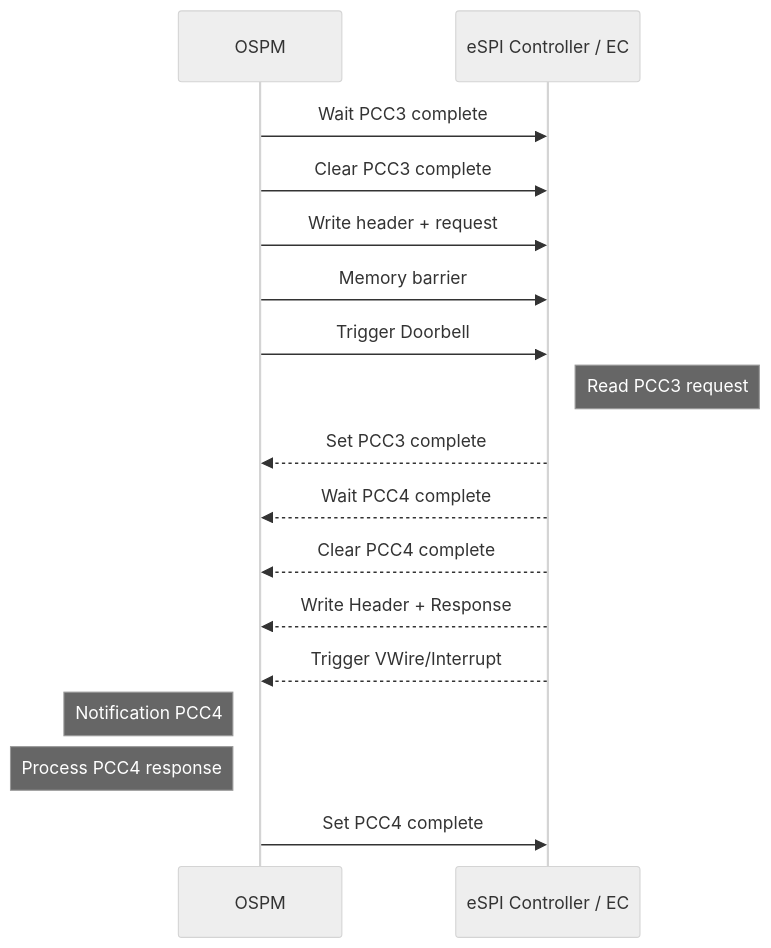
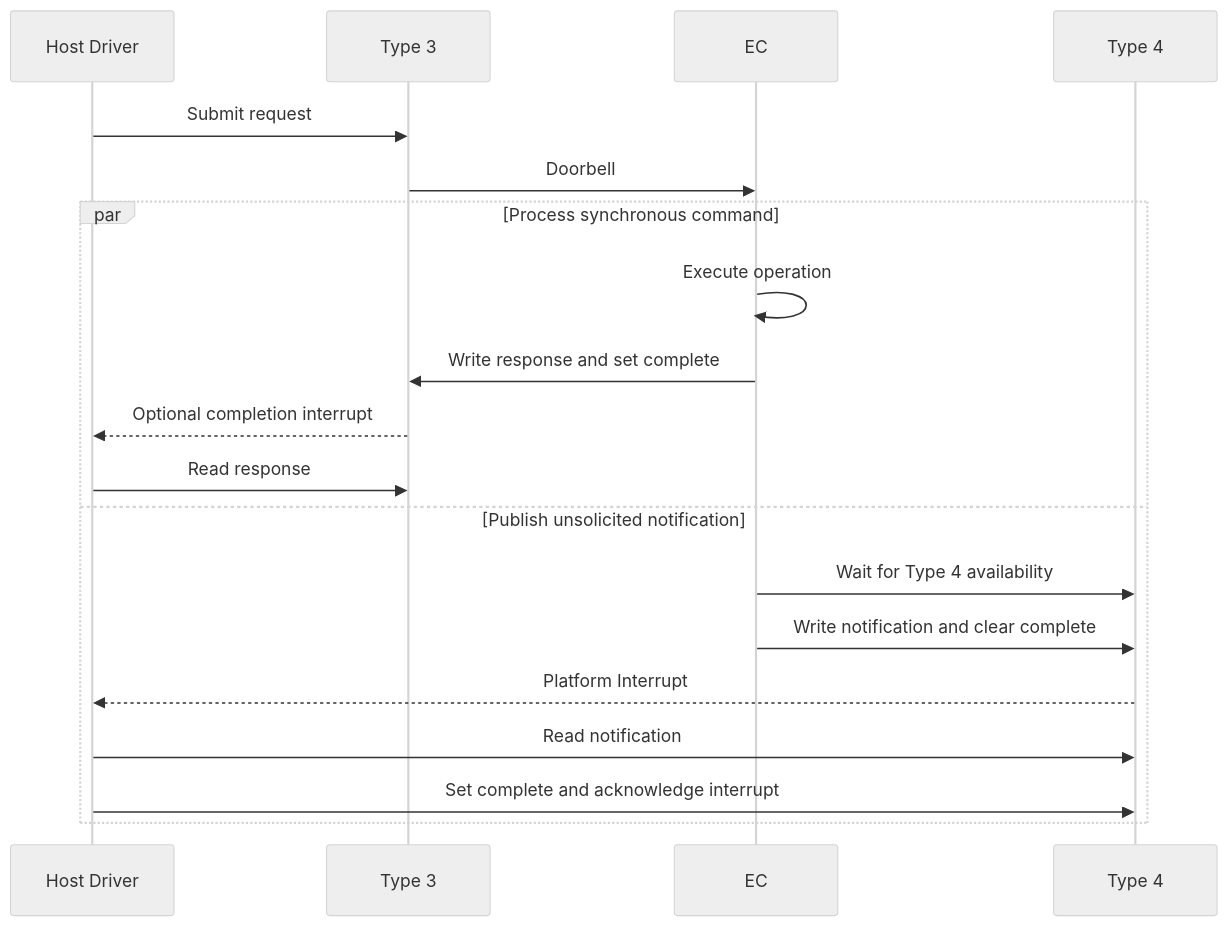
The sixth of 11 diagrams in docs/src/specs/ec_interface/espi/espi_pcc_draft.md (OpenDevicePartnership/odp-embedded-controller), drawn with Mermaid (neutral theme) before and after one commit. The commit also changed other lines of this file, not shown here.

First line of the commit message:
docs(espi): Update PCC transport recommendation

````diff
--- a/docs/src/specs/ec_interface/espi/espi_pcc_draft.md
+++ b/docs/src/specs/ec_interface/espi/espi_pcc_draft.md
@@ -293,24 +473,23 @@
 ```mermaid
 sequenceDiagram
-    participant OSPM
-    participant EC as eSPI Controller / EC
+    participant Host as Host Driver
+    participant T3 as Type 3
+    participant EC as EC
+    participant T4 as Type 4
 
-    OSPM->>EC: Wait PCC3 complete
-    OSPM->>EC: Clear PCC3 complete
-    OSPM->>EC: Write header + request
-    OSPM->>EC: Memory barrier
-    OSPM->>EC: Trigger Doorbell
+    Host->>T3: Submit request
+    T3->>EC: Doorbell
 
-    Note right of EC: Read PCC3 request
-
-    EC-->>OSPM: Set PCC3 complete
-    EC-->>OSPM: Wait PCC4 complete
-    EC-->>OSPM: Clear PCC4 complete
-    EC-->>OSPM: Write Header + Response
-    EC-->>OSPM: Trigger VWire/Interrupt
-
-    Note left of OSPM: Notification PCC4
-    Note left of OSPM: Process PCC4 response
-
-    OSPM->>EC: Set PCC4 complete
+    par Process synchronous command
+        EC->>EC: Execute operation
+        EC->>T3: Write response and set complete
+        T3-->>Host: Optional completion interrupt
+        Host->>T3: Read response
+    and Publish unsolicited notification
+        EC->>T4: Wait for Type 4 availability
+        EC->>T4: Write notification and clear complete
+        T4-->>Host: Platform Interrupt
+        Host->>T4: Read notification
+        Host->>T4: Set complete and acknowledge interrupt
+    end
 ```
````
